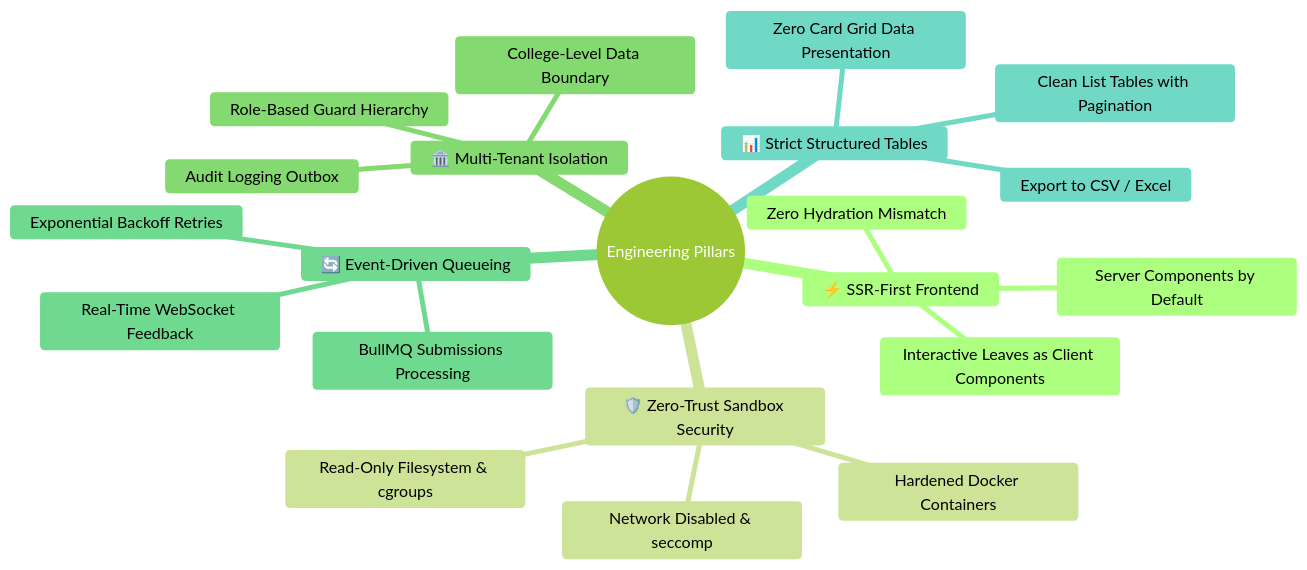
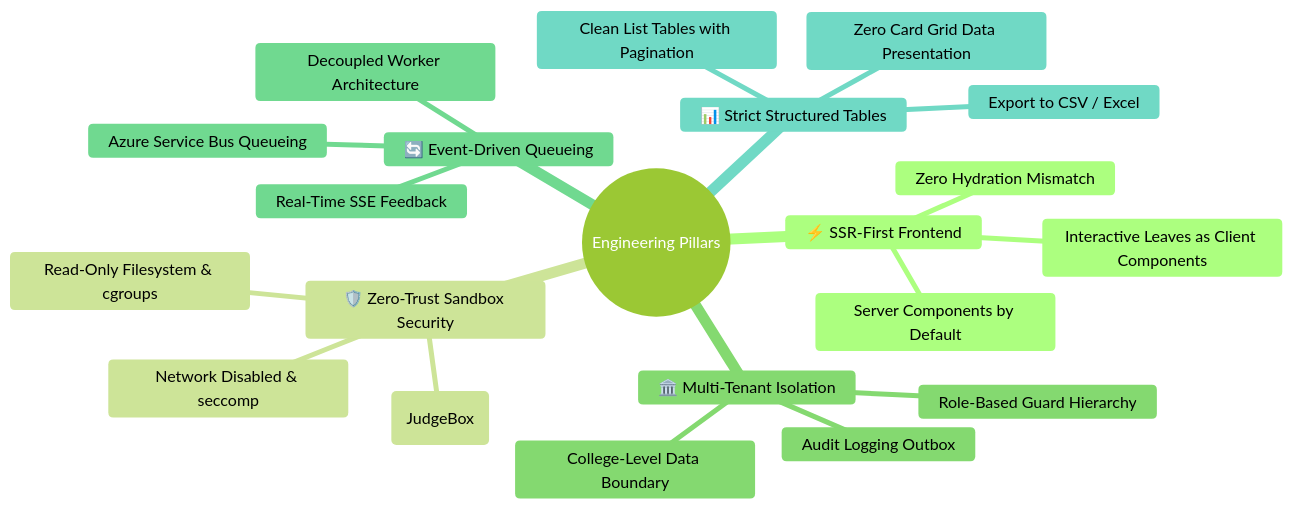
The first of 7 diagrams in docs/ARCHITECTURE.md (saahil0708/techlearns-portal), drawn with Mermaid (forest theme) before and after one commit. The commit also changed other lines of this file and 85 other files, not shown here.

Commit message:
feat(core): enhance full-stack platform stability, Azure Service Bus judge queue, and standalone judgebox package

````diff
--- a/docs/ARCHITECTURE.md
+++ b/docs/ARCHITECTURE.md
@@ -13,24 +13,24 @@
 ```mermaid
 mindmap
   root((Engineering Pillars))
     ⚡ SSR-First Frontend
       Server Components by Default
       Interactive Leaves as Client Components
       Zero Hydration Mismatch
     🛡️ Zero-Trust Sandbox Security
-      Hardened Docker Containers
+      Hardened Docker Containers (JudgeBox)
       Read-Only Filesystem & cgroups
       Network Disabled & seccomp
     🏛️ Multi-Tenant Isolation
       College-Level Data Boundary
       Role-Based Guard Hierarchy
       Audit Logging Outbox
     🔄 Event-Driven Queueing
-      BullMQ Submissions Processing
-      Real-Time WebSocket Feedback
-      Exponential Backoff Retries
+      Azure Service Bus Queueing
+      Real-Time SSE Feedback
+      Decoupled Worker Architecture
     📊 Strict Structured Tables
       Clean List Tables with Pagination
       Zero Card Grid Data Presentation
       Export to CSV / Excel
 ```
````
